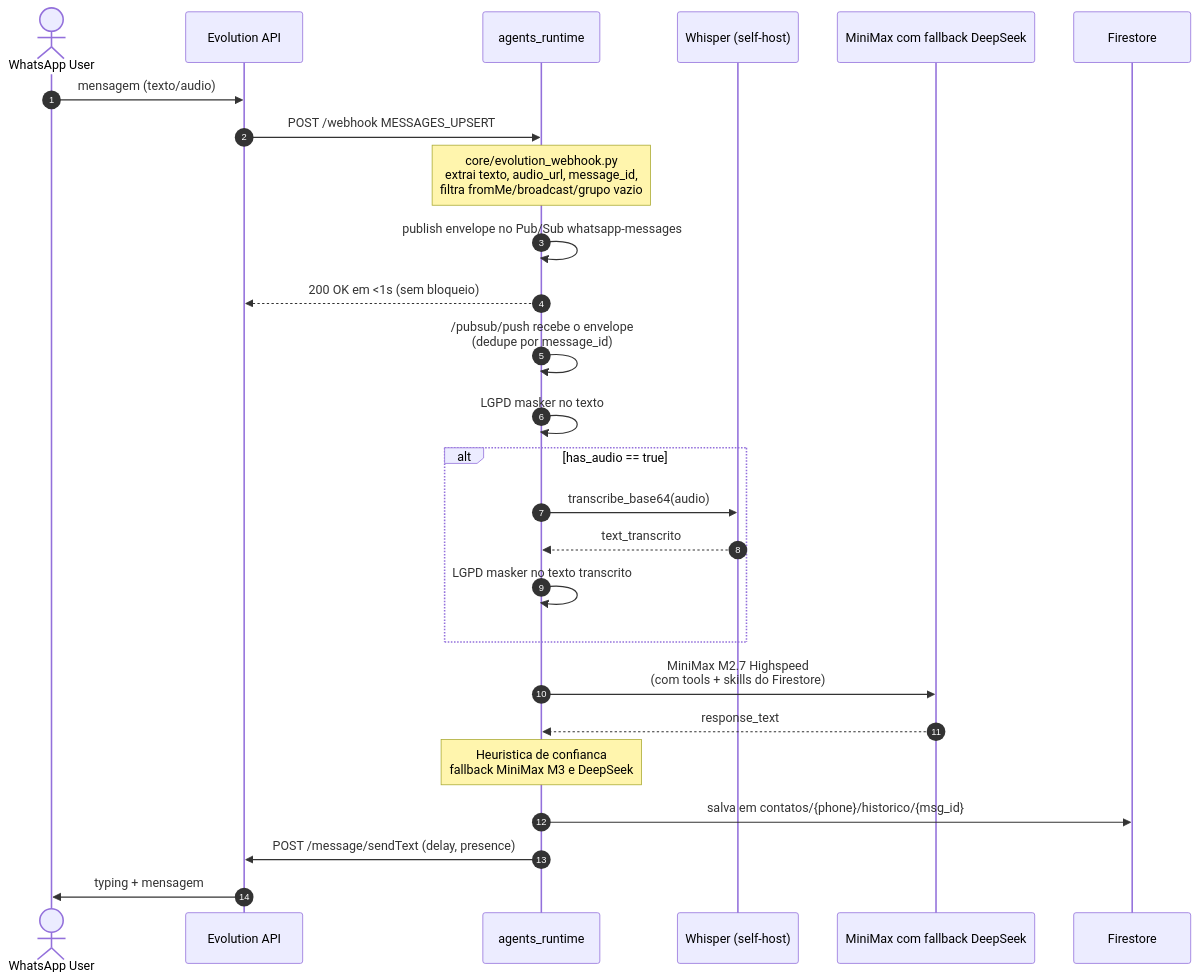
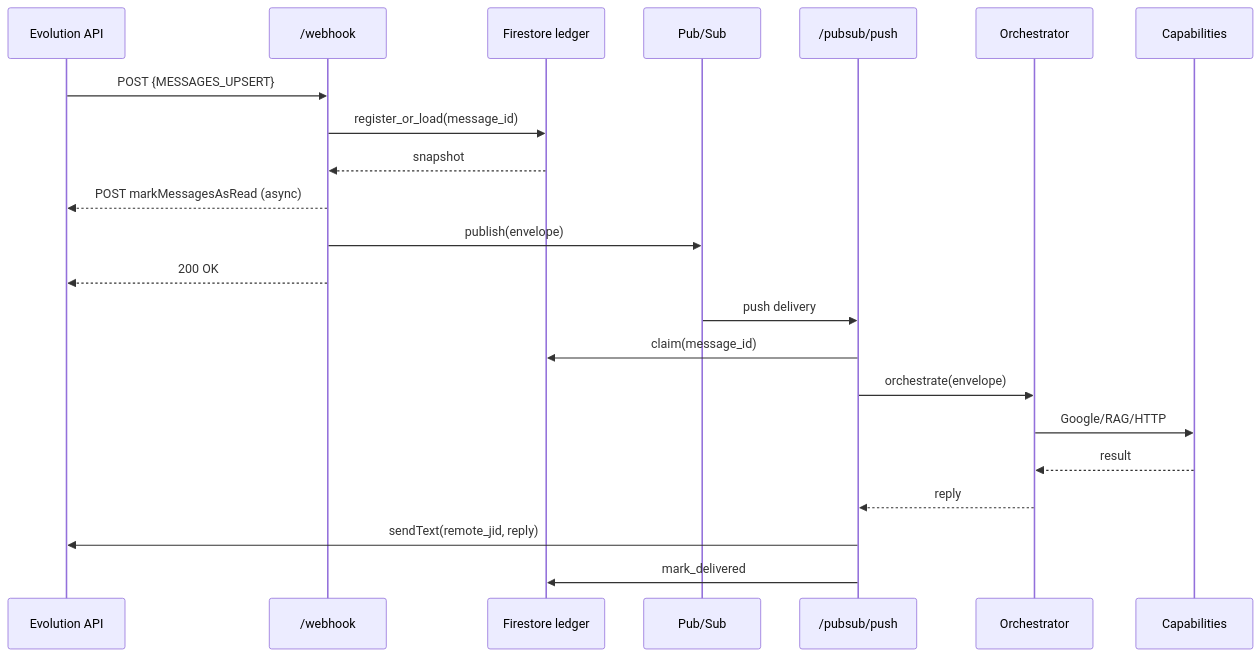
One commit to viniciusbritor/ChatBotWhatsapp changed the second of 2 diagrams in docs/ARQUITETURA.md. Above: the diagram before and after it, drawn with Mermaid. The commit also changed other lines of this file and 49 other files, not shown here.

First line of the commit message:
feat(rag): plain firestore message-history + isolated owner_hash

````diff
--- a/docs/ARQUITETURA.md
+++ b/docs/ARQUITETURA.md
@@ -98,32 +81,24 @@
 ```mermaid
 sequenceDiagram
-    autonumber
-    actor User as WhatsApp User
-    participant EVO as Evolution API
-    participant AR as agents_runtime
-    participant WHISPER as Whisper (self-host)
-    participant LLM as MiniMax com fallback DeepSeek
-    participant FS as Firestore
-
-    User->>EVO: mensagem (texto/audio)
-    EVO->>AR: POST /webhook MESSAGES_UPSERT
-    Note over AR: core/evolution_webhook.py<br/>extrai texto, audio_url, message_id,<br/>filtra fromMe/broadcast/grupo vazio
-    AR->>AR: publish envelope no Pub/Sub whatsapp-messages
-    AR-->>EVO: 200 OK em <1s (sem bloqueio)
-
-    AR->>AR: /pubsub/push recebe o envelope<br/>(dedupe por message_id)
-    AR->>AR: LGPD masker no texto
-
-    alt has_audio == true
-        AR->>WHISPER: transcribe_base64(audio)
-        WHISPER-->>AR: text_transcrito
-        AR->>AR: LGPD masker no texto transcrito
-    end
-
-    AR->>LLM: MiniMax M2.7 Highspeed<br/>(com tools + skills do Firestore)
-    LLM-->>AR: response_text
-    Note over AR: Heuristica de confianca<br/>fallback MiniMax M3 e DeepSeek
-    AR->>FS: salva em contatos/{phone}/historico/{msg_id}
-    AR->>EVO: POST /message/sendText (delay, presence)
-    EVO->>User: typing + mensagem
+    participant Evo as Evolution API
+    participant Hook as /webhook
+    participant Ledger as Firestore ledger
+    participant PS as Pub/Sub
+    participant Push as /pubsub/push
+    participant Orch as Orchestrator
+    participant Tools as Capabilities
+    Evo->>Hook: POST {MESSAGES_UPSERT}
+    Hook->>Ledger: register_or_load(message_id)
+    Ledger-->>Hook: snapshot
+    Hook-->>Evo: POST markMessagesAsRead (async)
+    Hook->>PS: publish(envelope)
+    Hook-->>Evo: 200 OK
+    PS->>Push: push delivery
+    Push->>Ledger: claim(message_id)
+    Push->>Orch: orchestrate(envelope)
+    Orch->>Tools: Google/RAG/HTTP
+    Tools-->>Orch: result
+    Orch-->>Push: reply
+    Push->>Evo: sendText(remote_jid, reply)
+    Push->>Ledger: mark_delivered
 ```
````
